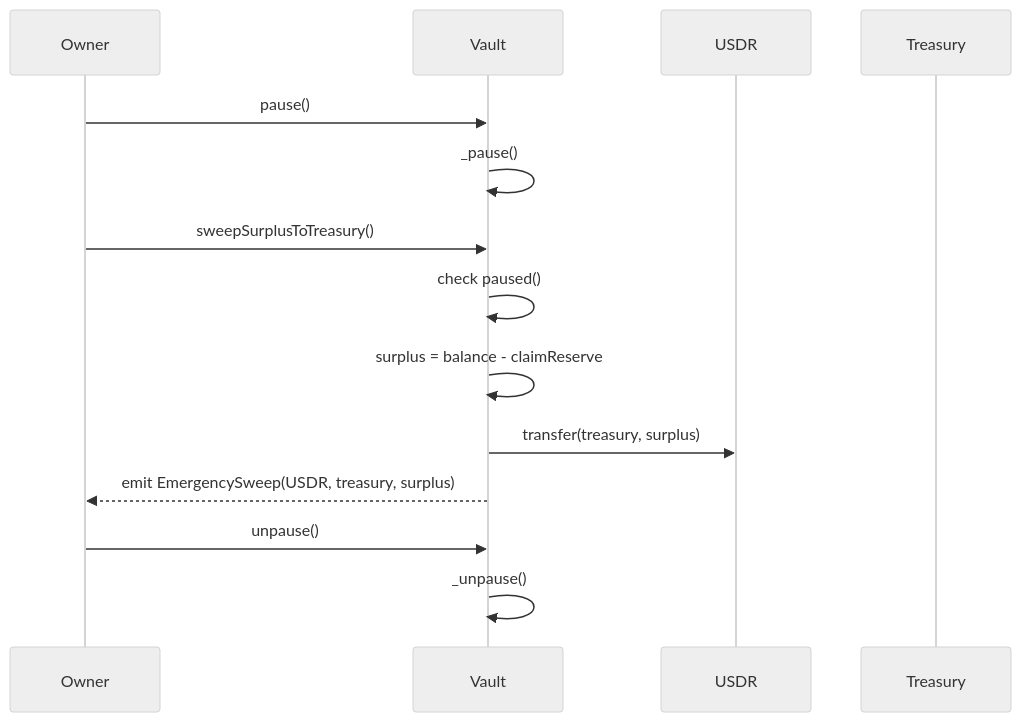
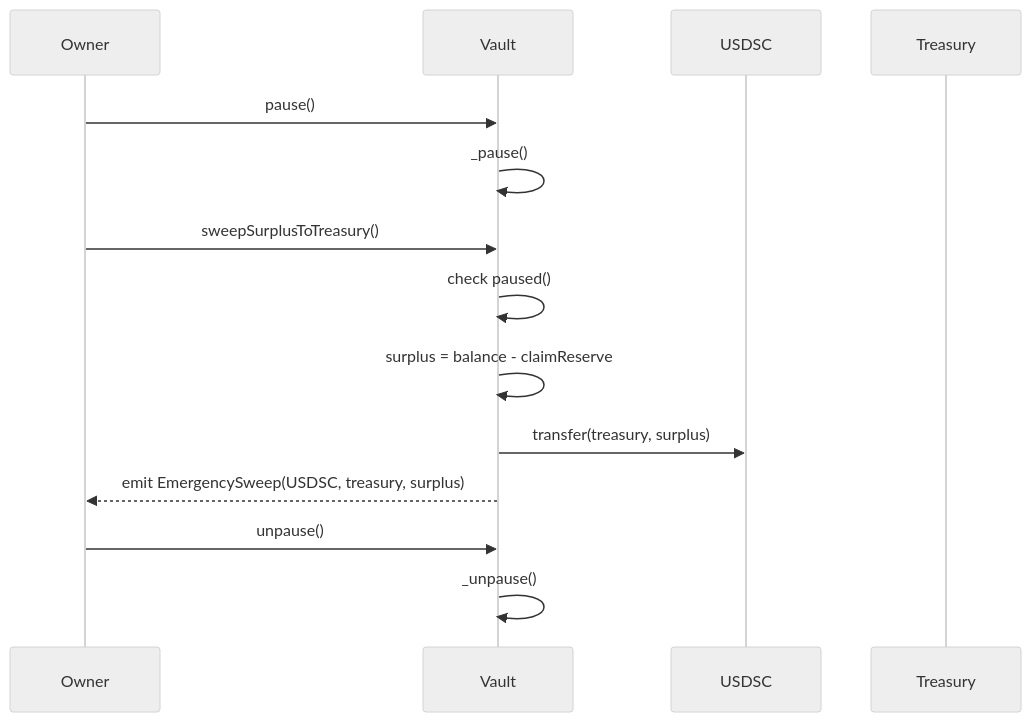
One commit to StartaleGroup/stablecoin-vault-contracts changed the sixth of 6 diagrams in src/vaults/earn/earn-vault.md. Above: the diagram before and after it, drawn with Mermaid (neutral theme). The commit also changed other lines of this file and 29 other files, not shown here.

Commit message:
replace USDR with USDSC

````diff
--- a/src/vaults/earn/earn-vault.md
+++ b/src/vaults/earn/earn-vault.md
@@ -198,19 +198,19 @@
 ```mermaid
 sequenceDiagram
     participant Owner
     participant Vault
-    participant USDR
+    participant USDSC
     participant Treasury
     
     Owner->>Vault: pause()
     Vault->>Vault: _pause()
     
     Owner->>Vault: sweepSurplusToTreasury()
     Vault->>Vault: check paused()
     Vault->>Vault: surplus = balance - claimReserve
-    Vault->>USDR: transfer(treasury, surplus)
-    Vault-->>Owner: emit EmergencySweep(USDR, treasury, surplus)
+    Vault->>USDSC: transfer(treasury, surplus)
+    Vault-->>Owner: emit EmergencySweep(USDSC, treasury, surplus)
     
     Owner->>Vault: unpause()
     Vault->>Vault: _unpause()
 ```
````
